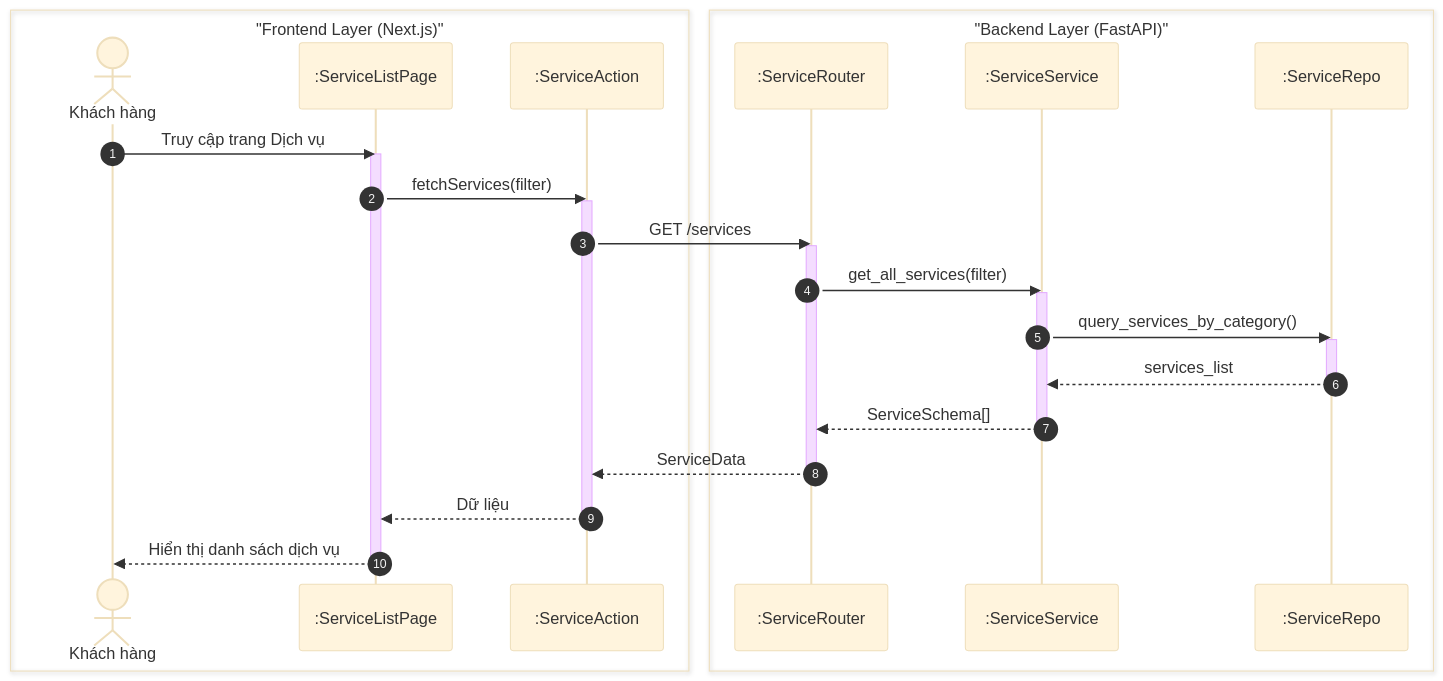
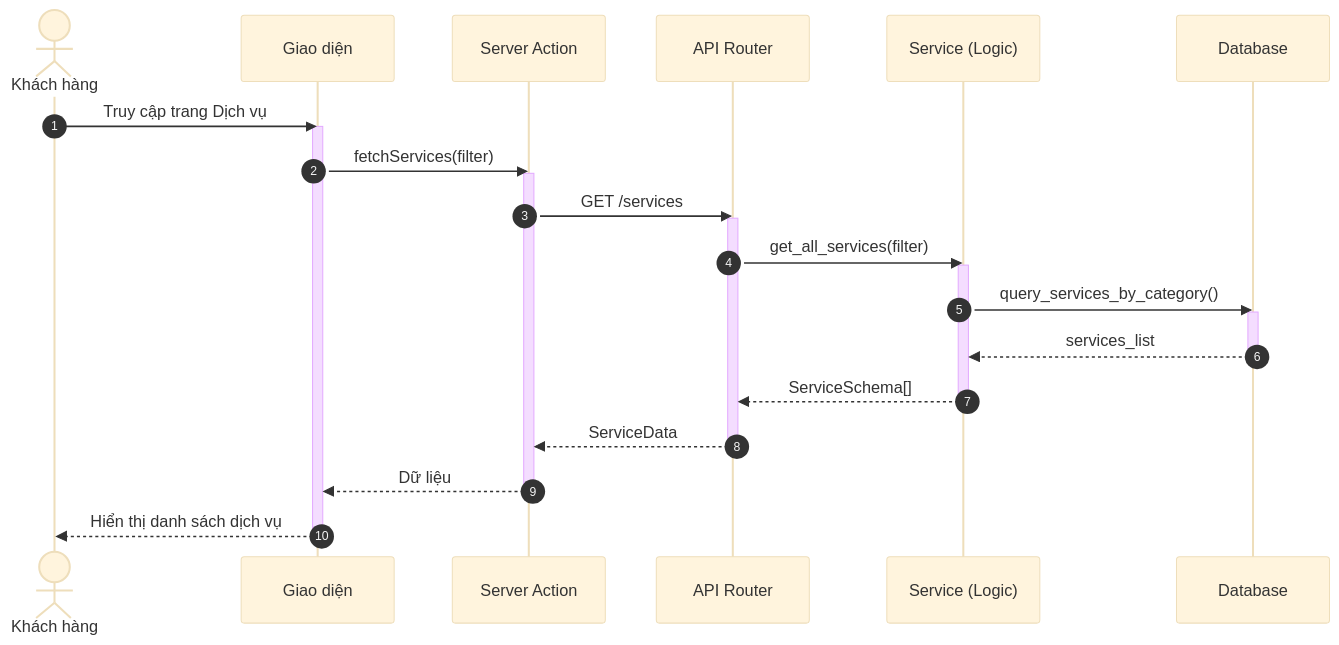
One commit to ngoctinn/Synapse changed the first of 8 diagrams in docs/design/sequences/customer_flows.md. Above: the diagram before and after it, drawn with Mermaid (base theme). The commit also changed other lines of this file and 4 other files, not shown here.

Commit message:
docs: Add initial sequence diagrams for admin, authentication, customer, receptionist, and technician flows.

````diff
--- a/docs/design/sequences/customer_flows.md
+++ b/docs/design/sequences/customer_flows.md
@@ -28,43 +28,38 @@
 ```mermaid
 sequenceDiagram
     autonumber
-    box "Frontend Layer (Next.js)"
-        actor KH as Khách hàng
-        participant UI as :ServiceListPage
-        participant BFF as :ServiceAction
-    end
-
-    box "Backend Layer (FastAPI)"
-        participant API as :ServiceRouter
-        participant S as :ServiceService
-        participant DB as :ServiceRepo
-    end
+    actor KH as Khách hàng
+    participant UI as Giao diện
+    participant BFF as Server Action
+    participant API as API Router
+    participant S as Service (Logic)
+    participant DB as Database
 
     KH->>UI: Truy cập trang Dịch vụ
     activate UI
     UI->>BFF: fetchServices(filter)
     activate BFF
 
     BFF->>API: GET /services
     activate API
 
     API->>S: get_all_services(filter)
     activate S
 
     S->>DB: query_services_by_category()
     activate DB
     DB-->>S: services_list
     deactivate DB
 
     S-->>API: ServiceSchema[]
     deactivate S
 
     API-->>BFF: ServiceData
     deactivate API
 
     BFF-->>UI: Dữ liệu
     deactivate BFF
 
     UI-->>KH: Hiển thị danh sách dịch vụ
     deactivate UI
 ```
````
